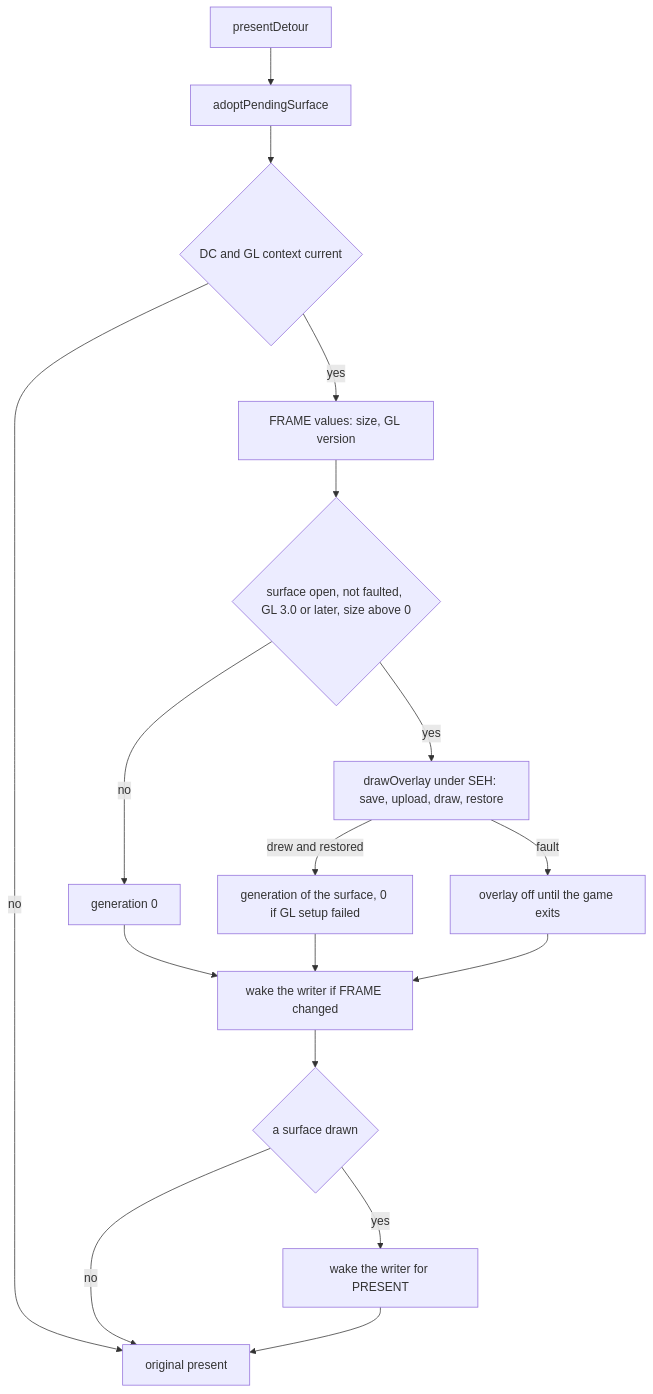
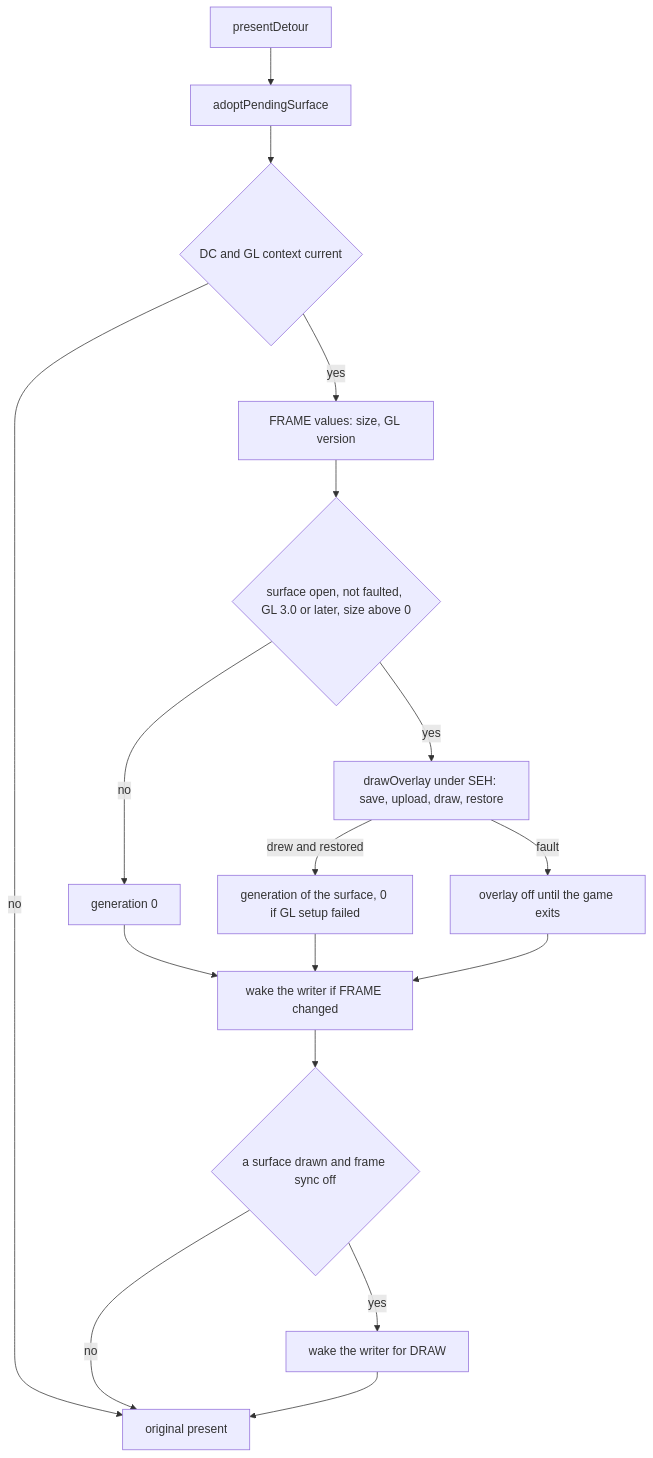
The eighth of 8 diagrams in docs/developer/in-game-drawing.md (Kraken-Plugins/kraken-native), drawn with Mermaid before and after one commit. The commit also changed other lines of this file and 29 other files, not shown here.

````diff
--- a/docs/developer/in-game-drawing.md
+++ b/docs/developer/in-game-drawing.md
@@ -538,19 +631,19 @@
 ```mermaid
 flowchart TD
     detour["presentDetour"] --> adopt["adoptPendingSurface"]
     adopt --> ctx{"DC and GL context current"}
     ctx -->|"no"| orig["original present"]
     ctx -->|"yes"| frame["FRAME values: size, GL version"]
     frame --> usable{"surface open, not faulted, GL 3.0 or later, size above 0"}
     usable -->|"no"| gen0["generation 0"]
     usable -->|"yes"| draw["drawOverlay under SEH: save, upload, draw, restore"]
     draw -->|"drew and restored"| gen1["generation of the surface, 0 if GL setup failed"]
     draw -->|"fault"| off["overlay off until the game exits"]
     gen0 --> wake["wake the writer if FRAME changed"]
     gen1 --> wake
     off --> wake
-    wake --> drawn{"a surface drawn"}
-    drawn -->|"yes"| wakePresent["wake the writer for PRESENT"]
+    wake --> drawn{"a surface drawn and frame sync off"}
+    drawn -->|"yes"| wakeDraw["wake the writer for DRAW"]
     drawn -->|"no"| orig
-    wakePresent --> orig
+    wakeDraw --> orig
 ```
````
